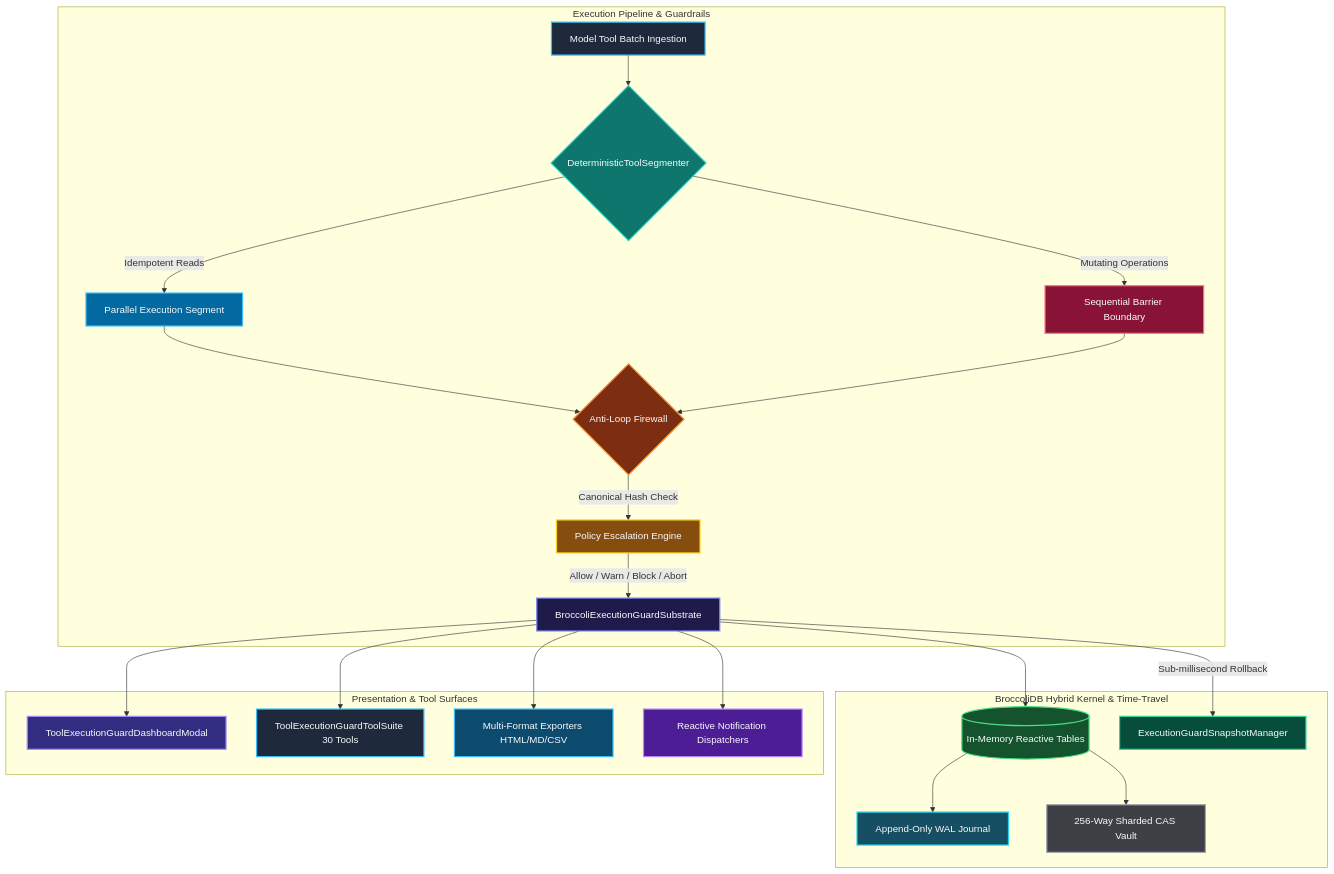
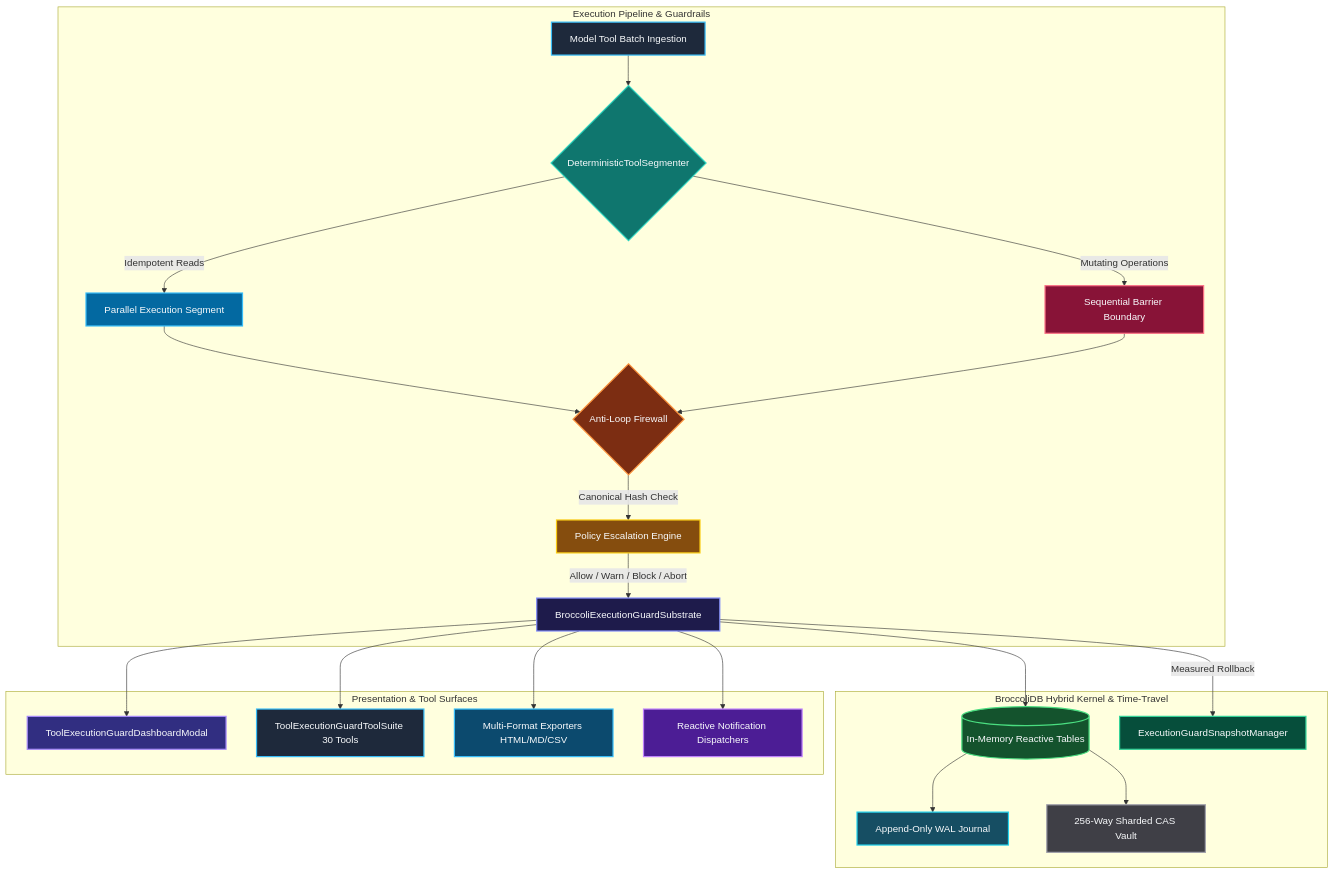
Before and after one commit to CardSorting/HEAV3NS: the second of 7 diagrams in docs/ARCHITECTURE_DIAGRAMS.md, drawn with Mermaid. The commit also changed other lines of this file and 474 other files, not shown here.

````diff
--- a/docs/ARCHITECTURE_DIAGRAMS.md
+++ b/docs/ARCHITECTURE_DIAGRAMS.md
@@ -65,41 +65,41 @@
 ```mermaid
 graph TD
     subgraph "Execution Pipeline & Guardrails"
         A[Model Tool Batch Ingestion] --> B{DeterministicToolSegmenter}
         B -->|Idempotent Reads| C[Parallel Execution Segment]
         B -->|Mutating Operations| D[Sequential Barrier Boundary]
         C & D --> E{Anti-Loop Firewall}
         E -->|Canonical Hash Check| F[Policy Escalation Engine]
         F -->|Allow / Warn / Block / Abort| G[BroccoliExecutionGuardSubstrate]
     end
 
     subgraph "BroccoliDB Hybrid Kernel & Time-Travel"
         G --> H[(In-Memory Reactive Tables)]
         H --> I[Append-Only WAL Journal]
         H --> J[256-Way Sharded CAS Vault]
-        G -->|Sub-millisecond Rollback| K[ExecutionGuardSnapshotManager]
+        G -->|Measured Rollback| K[ExecutionGuardSnapshotManager]
     end
 
     subgraph "Presentation & Tool Surfaces"
         G --> L[ToolExecutionGuardDashboardModal]
         G --> M[ToolExecutionGuardToolSuite 30 Tools]
         G --> N[Multi-Format Exporters HTML/MD/CSV]
         G --> O[Reactive Notification Dispatchers]
     end
 
     style A fill:#1e293b,stroke:#38bdf8,stroke-width:2px,color:#f8fafc
     style B fill:#0f766e,stroke:#2dd4bf,stroke-width:2px,color:#f8fafc
     style C fill:#0369a1,stroke:#38bdf8,stroke-width:2px,color:#f8fafc
     style D fill:#881337,stroke:#fb7185,stroke-width:2px,color:#f8fafc
     style E fill:#7c2d12,stroke:#fb923c,stroke-width:2px,color:#f8fafc
     style F fill:#854d0e,stroke:#facc15,stroke-width:2px,color:#f8fafc
     style G fill:#1e1b4b,stroke:#818cf8,stroke-width:2px,color:#f8fafc
     style H fill:#14532d,stroke:#4ade80,stroke-width:2px,color:#f8fafc
     style I fill:#164e63,stroke:#22d3ee,stroke-width:2px,color:#f8fafc
     style J fill:#3f3f46,stroke:#a1a1aa,stroke-width:2px,color:#f8fafc
     style K fill:#064e3b,stroke:#34d399,stroke-width:2px,color:#f8fafc
     style L fill:#312e81,stroke:#a78bfa,stroke-width:2px,color:#f8fafc
     style M fill:#1e293b,stroke:#38bdf8,stroke-width:2px,color:#f8fafc
     style N fill:#0c4a6e,stroke:#38bdf8,stroke-width:2px,color:#f8fafc
     style O fill:#4c1d95,stroke:#c084fc,stroke-width:2px,color:#f8fafc
 ```
````
